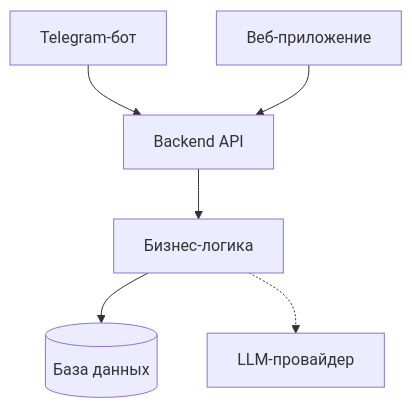
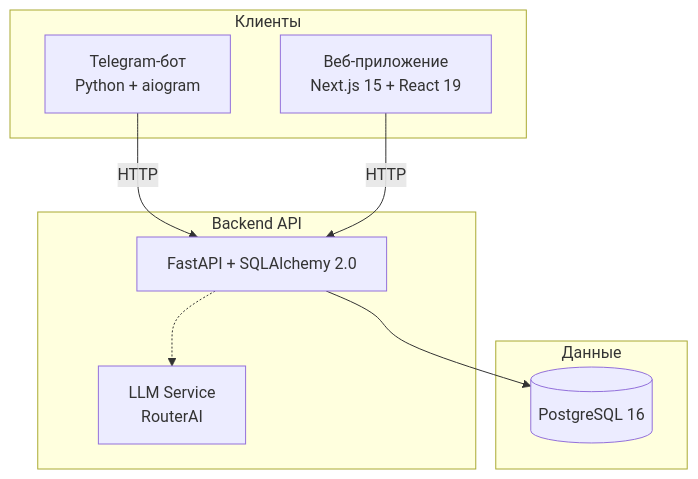
One commit to alfa24/mbt_booking_agent changed the diagram in README.md. Above: the diagram before and after it, drawn with Mermaid. The commit also changed other lines of this file and 6 other files, not shown here.

````diff
--- a/README.md
+++ b/README.md
@@ -13,8 +23,21 @@
 ```mermaid
 graph TB
-    TG[Telegram-бот] --> API[Backend API]
-    WEB[Веб-приложение] --> API
-    API --> BL[Бизнес-логика]
-    BL --> DB[(База данных)]
-    BL -.-> LLM[LLM-провайдер]
+    subgraph Клиенты
+        TG[Telegram-бот<br/>Python + aiogram]
+        WEB[Веб-приложение<br/>Next.js 15 + React 19]
+    end
+
+    subgraph Backend API
+        API[FastAPI + SQLAlchemy 2.0]
+        LLM[LLM Service<br/>RouterAI]
+    end
+
+    subgraph Данные
+        DB[(PostgreSQL 16)]
+    end
+
+    TG -->|HTTP| API
+    WEB -->|HTTP| API
+    API --> DB
+    API -.-> LLM
 ```
````
